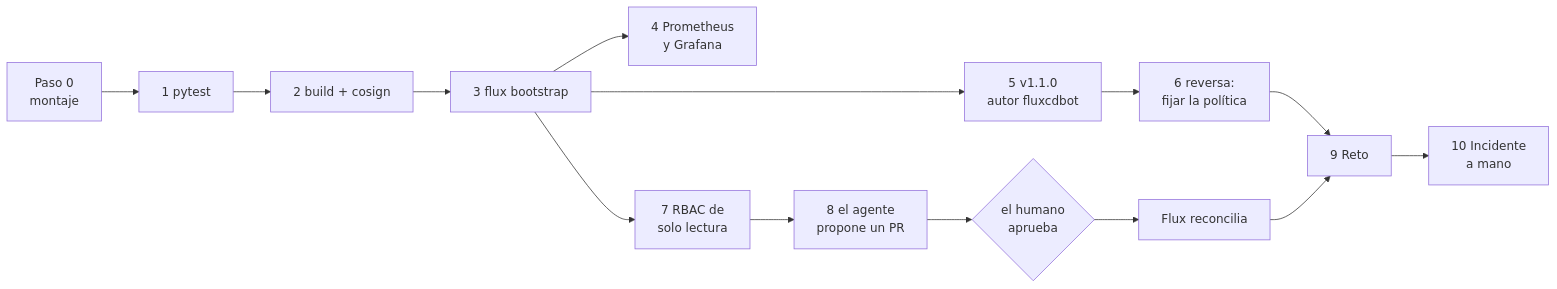
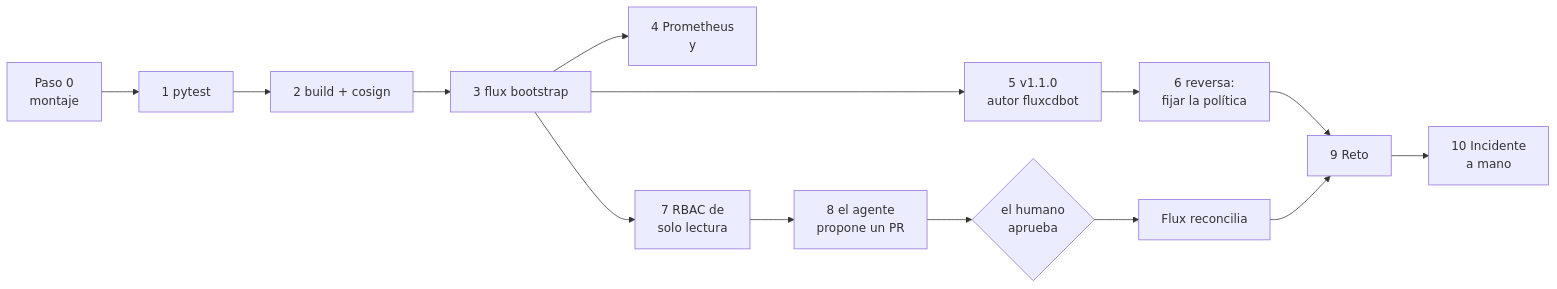
Before and after one commit to lfarizav/topicos-especiales: the first of 6 diagrams in modulo8/laboratorio-gitops-2.md, drawn with Mermaid. The commit also changed other lines of this file, not shown here.

````diff
--- a/modulo8/laboratorio-gitops-2.md
+++ b/modulo8/laboratorio-gitops-2.md
@@ -34,16 +34,16 @@
 ```mermaid
 flowchart LR
   S["Paso 0<br/>montaje"] --> P1["1 pytest"]
   P1 --> P2["2 build + cosign"]
   P2 --> P3["3 flux bootstrap"]
-  P3 --> P4["4 Prometheus<br/>y Grafana"]
+  P3 --> P4["4 Prometheus<br/>y "]
   P3 --> P5["5 v1.1.0<br/>autor fluxcdbot"]
   P5 --> P6["6 reversa:<br/>fijar la política"]
   P3 --> P7["7 RBAC de<br/>solo lectura"]
   P7 --> P8["8 el agente<br/>propone un PR"]
   P8 --> H{"el humano<br/>aprueba"}
   H --> F["Flux reconcilia"]
   P6 --> R["9 Reto"]
   F --> R
   R --> I["10 Incidente<br/>a mano"]
 ```
````
